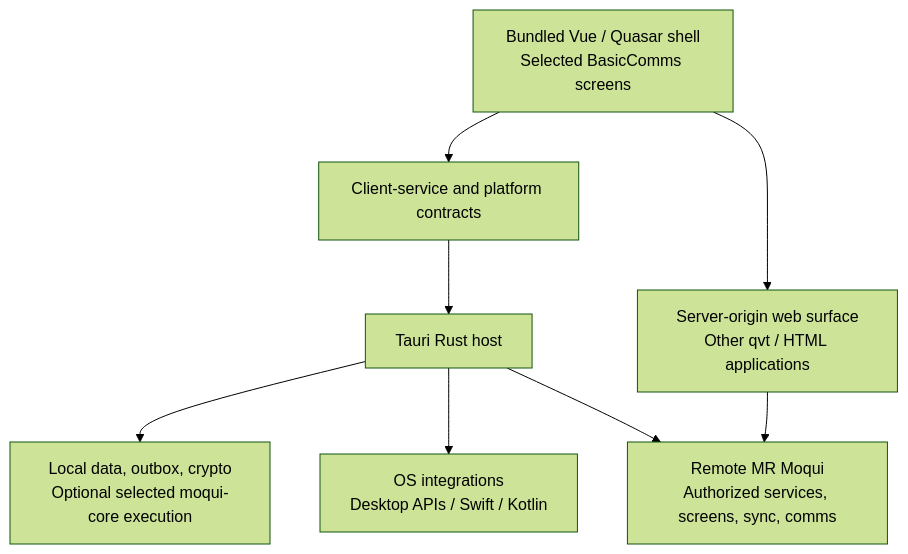
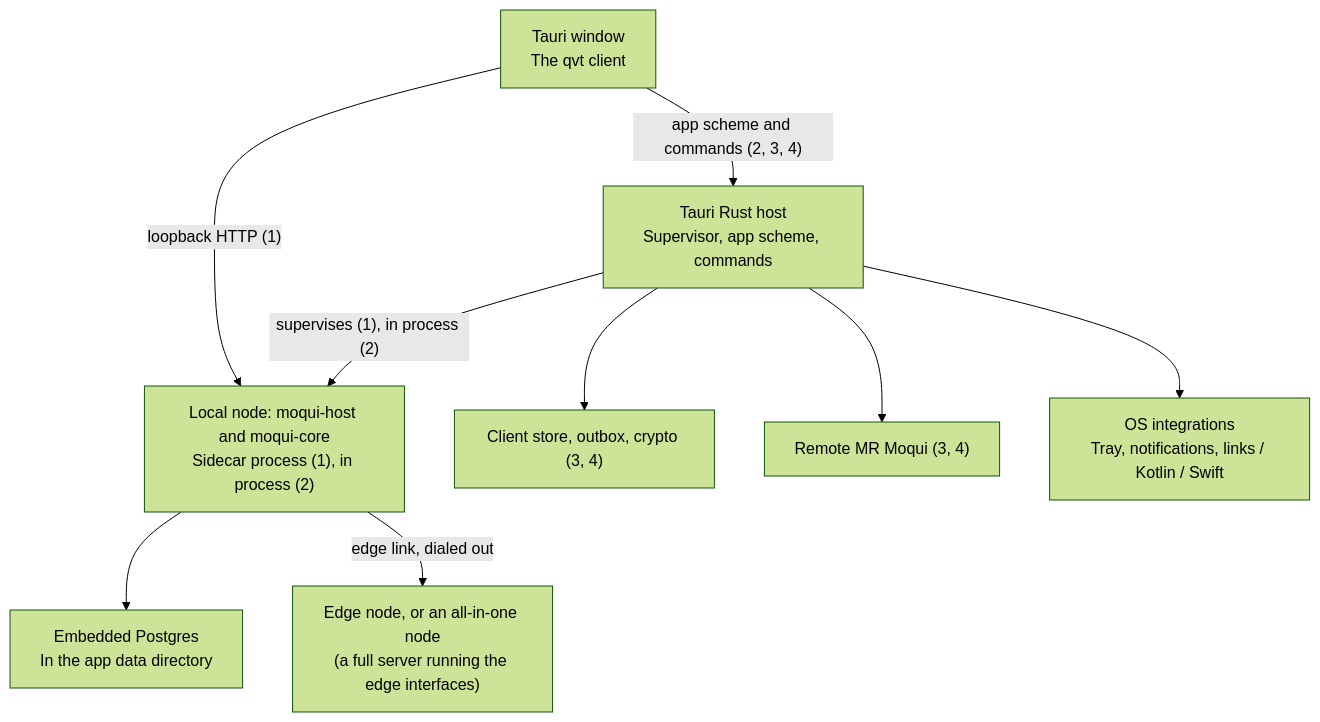
Before and after one commit to moqui/mr-moqui: the diagram in plans/Mobile-Desktop.md, drawn with Mermaid (forest theme). The commit also changed other lines of this file and 4 other files, not shown here.

Commit message:
Review pass on Mobile-Desktop, with a little expansion from some gaps I noticed here and in Edge-Node; made with Opus

````diff
--- a/plans/Mobile-Desktop.md
+++ b/plans/Mobile-Desktop.md
@@ -70,17 +108,19 @@
 ```mermaid
 flowchart TB
-    UI["Bundled Vue / Quasar shell<br/>Selected BasicComms screens"]
-    Remote["Server-origin web surface<br/>Other qvt / HTML applications"]
-    Contracts["Client-service and platform contracts"]
-    Host["Tauri Rust host"]
-    Local["Local data, outbox, crypto<br/>Optional selected moqui-core execution"]
-    OS["OS integrations<br/>Desktop APIs / Swift / Kotlin"]
-    Server["Remote MR Moqui<br/>Authorized services, screens, sync, comms"]
-    UI --> Contracts
-    Contracts --> Host
-    Host --> Local
+    Window["Tauri window<br/>The qvt client"]
+    Host["Tauri Rust host<br/>Supervisor, app scheme, commands"]
+    Node["Local node: moqui-host and moqui-core<br/>Sidecar process (1), in process (2)"]
+    PG["Embedded Postgres<br/>In the app data directory"]
+    Edge["Edge node, or an all-in-one node<br/>(a full server running the edge interfaces)"]
+    Store["Client store, outbox, crypto (3, 4)"]
+    Server["Remote MR Moqui (3, 4)"]
+    OS["OS integrations<br/>Tray, notifications, links / Kotlin / Swift"]
+    Window -- "loopback HTTP (1)" --> Node
+    Window -- "app scheme and commands (2, 3, 4)" --> Host
+    Host -- "supervises (1), in process (2)" --> Node
+    Node --> PG
+    Node -- "edge link, dialed out" --> Edge
+    Host --> Store
+    Host --> Server
     Host --> OS
-    Host --> Server
-    UI --> Remote
-    Remote --> Server
 ```
````
